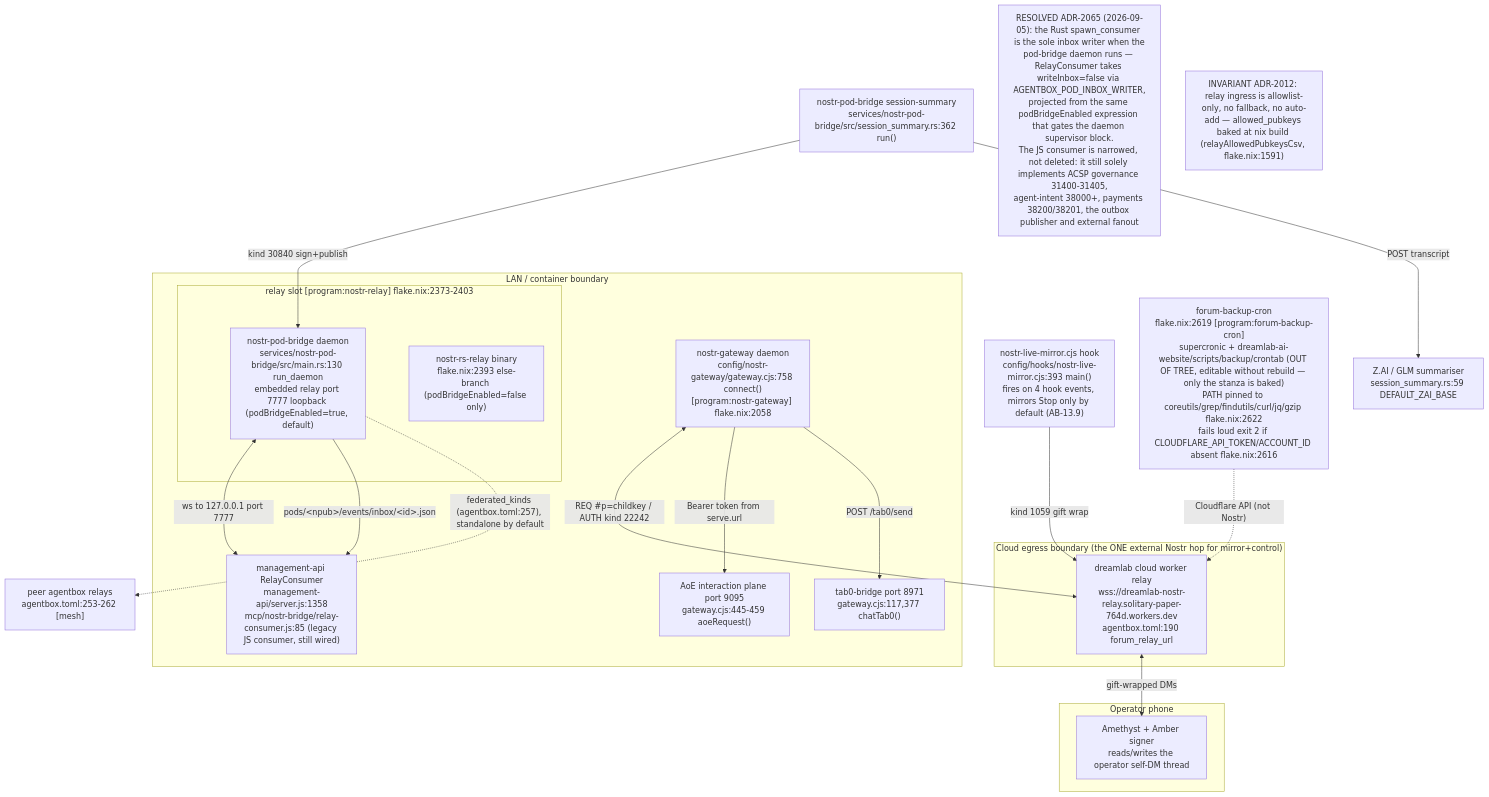
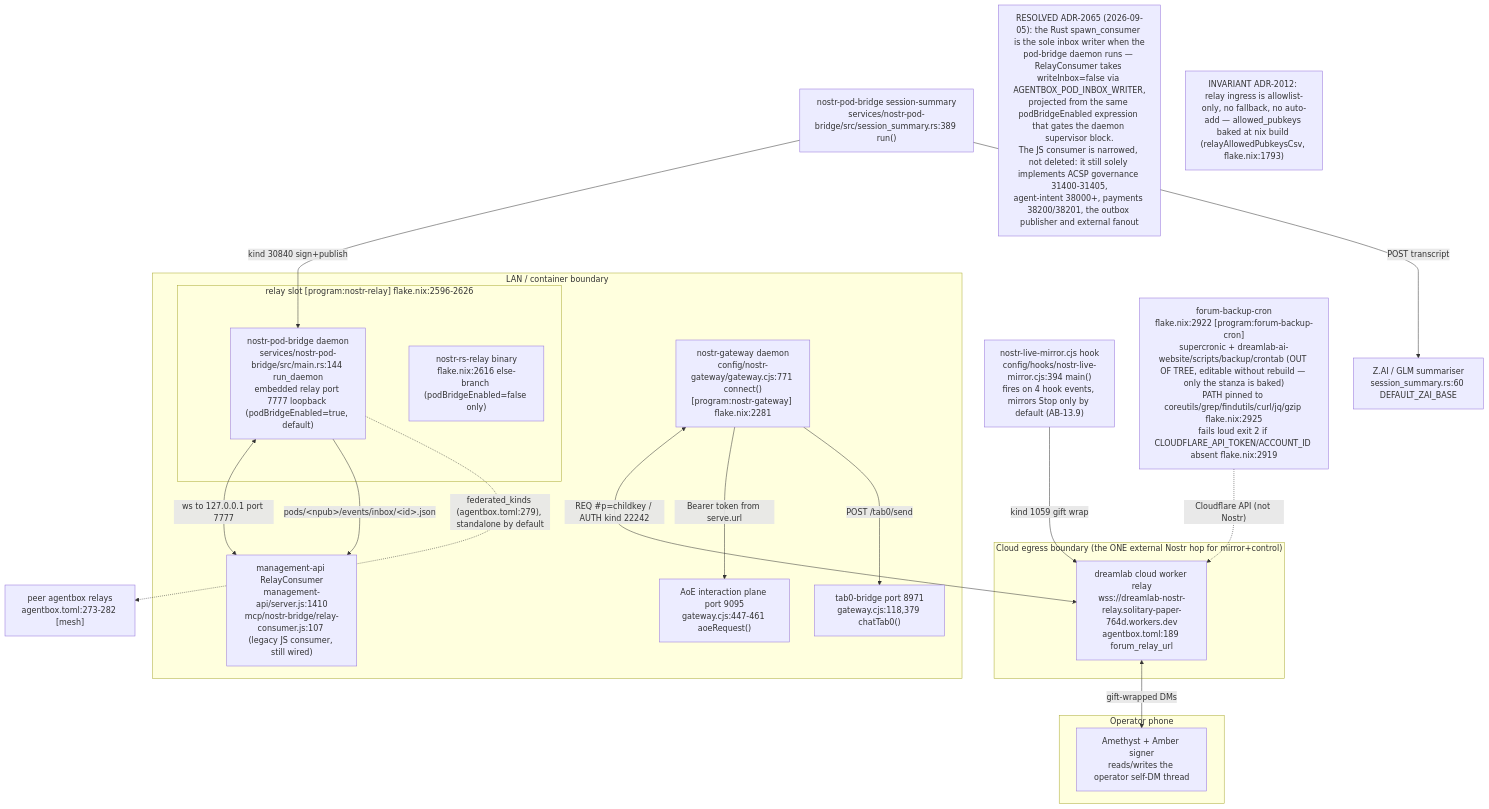
Before and after one commit to DreamLab-AI/VisionFlow: the first of 16 diagrams in docs/diagrams/agentbox/13-nostr-relay-gateway-bridge-mirror.md, drawn with Mermaid. The commit also changed other lines of this file and 111 other files, not shown here.

Commit message:
docs(diagrams): align estate maps with current source

````diff
--- a/docs/diagrams/agentbox/13-nostr-relay-gateway-bridge-mirror.md
+++ b/docs/diagrams/agentbox/13-nostr-relay-gateway-bridge-mirror.md
@@ -43,39 +43,39 @@
 ```mermaid
 flowchart TB
     subgraph lan["LAN / container boundary"]
-        subgraph relayslot["relay slot [program:nostr-relay] flake.nix:2373-2403"]
-            PB["nostr-pod-bridge daemon<br/>services/nostr-pod-bridge/src/main.rs:130 run_daemon<br/>embedded relay port 7777 loopback (podBridgeEnabled=true, default)"]
-            RS["nostr-rs-relay binary<br/>flake.nix:2393 else-branch (podBridgeEnabled=false only)"]
+        subgraph relayslot["relay slot [program:nostr-relay] flake.nix:2596-2626"]
+            PB["nostr-pod-bridge daemon<br/>services/nostr-pod-bridge/src/main.rs:144 run_daemon<br/>embedded relay port 7777 loopback (podBridgeEnabled=true, default)"]
+            RS["nostr-rs-relay binary<br/>flake.nix:2616 else-branch (podBridgeEnabled=false only)"]
         end
-        GW["nostr-gateway daemon<br/>config/nostr-gateway/gateway.cjs:758 connect()<br/>[program:nostr-gateway] flake.nix:2058"]
-        MGMT["management-api RelayConsumer<br/>management-api/server.js:1358<br/>mcp/nostr-bridge/relay-consumer.js:85 (legacy JS consumer, still wired)"]
-        AOE["AoE interaction plane port 9095<br/>gateway.cjs:445-459 aoeRequest()"]
-        TAB0["tab0-bridge port 8971<br/>gateway.cjs:117,377 chatTab0()"]
+        GW["nostr-gateway daemon<br/>config/nostr-gateway/gateway.cjs:771 connect()<br/>[program:nostr-gateway] flake.nix:2281"]
+        MGMT["management-api RelayConsumer<br/>management-api/server.js:1410<br/>mcp/nostr-bridge/relay-consumer.js:107 (legacy JS consumer, still wired)"]
+        AOE["AoE interaction plane port 9095<br/>gateway.cjs:447-461 aoeRequest()"]
+        TAB0["tab0-bridge port 8971<br/>gateway.cjs:118,379 chatTab0()"]
     end
     subgraph cloud["Cloud egress boundary (the ONE external Nostr hop for mirror+control)"]
-        CLOUD["dreamlab cloud worker relay<br/>wss://dreamlab-nostr-relay.solitary-paper-764d.workers.dev<br/>agentbox.toml:190 forum_relay_url"]
+        CLOUD["dreamlab cloud worker relay<br/>wss://dreamlab-nostr-relay.solitary-paper-764d.workers.dev<br/>agentbox.toml:189 forum_relay_url"]
     end
     subgraph phone["Operator phone"]
         AME["Amethyst + Amber signer<br/>reads/writes the operator self-DM thread"]
     end
-    MIRROR["nostr-live-mirror.cjs hook<br/>config/hooks/nostr-live-mirror.cjs:393 main()<br/>fires on 4 hook events, mirrors Stop only by default (AB-13.9)"]
-    DIGEST["nostr-pod-bridge session-summary<br/>services/nostr-pod-bridge/src/session_summary.rs:362 run()"]
-    ZAI["Z.AI / GLM summariser<br/>session_summary.rs:59 DEFAULT_ZAI_BASE"]
-    FORUM["forum-backup-cron<br/>flake.nix:2619 [program:forum-backup-cron]<br/>supercronic + dreamlab-ai-website/scripts/backup/crontab (OUT OF TREE, editable without rebuild — only the stanza is baked)<br/>PATH pinned to coreutils/grep/findutils/curl/jq/gzip flake.nix:2622<br/>fails loud exit 2 if CLOUDFLARE_API_TOKEN/ACCOUNT_ID absent flake.nix:2616"]
-    MESH["peer agentbox relays<br/>agentbox.toml:253-262 [mesh]"]
+    MIRROR["nostr-live-mirror.cjs hook<br/>config/hooks/nostr-live-mirror.cjs:394 main()<br/>fires on 4 hook events, mirrors Stop only by default (AB-13.9)"]
+    DIGEST["nostr-pod-bridge session-summary<br/>services/nostr-pod-bridge/src/session_summary.rs:389 run()"]
+    ZAI["Z.AI / GLM summariser<br/>session_summary.rs:60 DEFAULT_ZAI_BASE"]
+    FORUM["forum-backup-cron<br/>flake.nix:2922 [program:forum-backup-cron]<br/>supercronic + dreamlab-ai-website/scripts/backup/crontab (OUT OF TREE, editable without rebuild — only the stanza is baked)<br/>PATH pinned to coreutils/grep/findutils/curl/jq/gzip flake.nix:2925<br/>fails loud exit 2 if CLOUDFLARE_API_TOKEN/ACCOUNT_ID absent flake.nix:2919"]
+    MESH["peer agentbox relays<br/>agentbox.toml:273-282 [mesh]"]
 
     MIRROR -->|"kind 1059 gift wrap"| CLOUD
     GW <-->|"REQ #p=childkey / AUTH kind 22242"| CLOUD
     CLOUD <-->|"gift-wrapped DMs"| AME
     DIGEST -->|"kind 30840 sign+publish"| PB
     DIGEST -->|"POST transcript"| ZAI
     PB <-->|"ws to 127.0.0.1 port 7777"| MGMT
     PB -->|"pods/&lt;npub&gt;/events/inbox/&lt;id&gt;.json"| MGMT
     GW -->|"Bearer token from serve.url"| AOE
     GW -->|"POST /tab0/send"| TAB0
-    PB -.->|"federated_kinds (agentbox.toml:257), standalone by default"| MESH
+    PB -.->|"federated_kinds (agentbox.toml:279), standalone by default"| MESH
     FORUM -.->|"Cloudflare API (not Nostr)"| CLOUD
 
 N1["RESOLVED ADR-2065 (2026-09-05): the Rust spawn_consumer is the sole inbox writer when the<br/>pod-bridge daemon runs — RelayConsumer takes writeInbox=false via AGENTBOX_POD_INBOX_WRITER,<br/>projected from the same podBridgeEnabled expression that gates the daemon supervisor block.<br/>The JS consumer is narrowed, not deleted: it still solely implements ACSP governance 31400-31405,<br/>agent-intent 38000+, payments 38200/38201, the outbox publisher and external fanout"]
-    N2["INVARIANT ADR-2012: relay ingress is allowlist-only, no fallback, no auto-add — allowed_pubkeys baked at nix build (relayAllowedPubkeysCsv, flake.nix:1591)"]
+    N2["INVARIANT ADR-2012: relay ingress is allowlist-only, no fallback, no auto-add — allowed_pubkeys baked at nix build (relayAllowedPubkeysCsv, flake.nix:1793)"]
 ```
````
